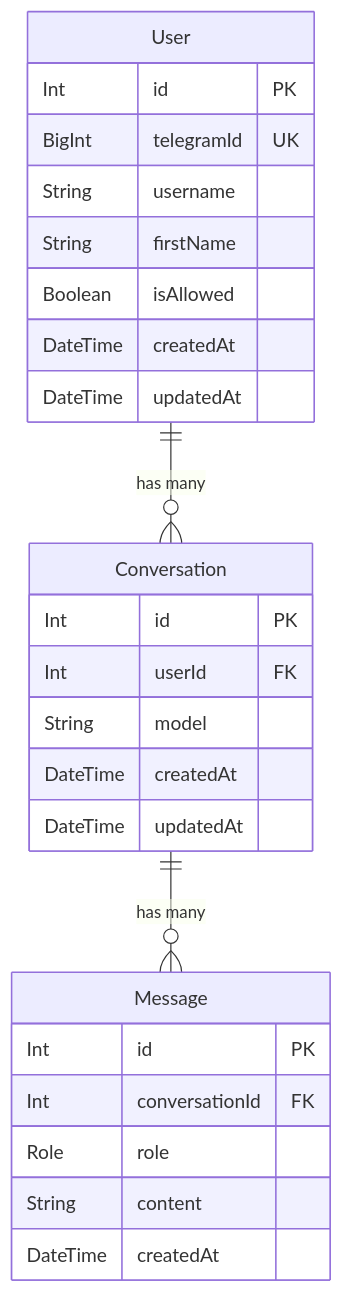
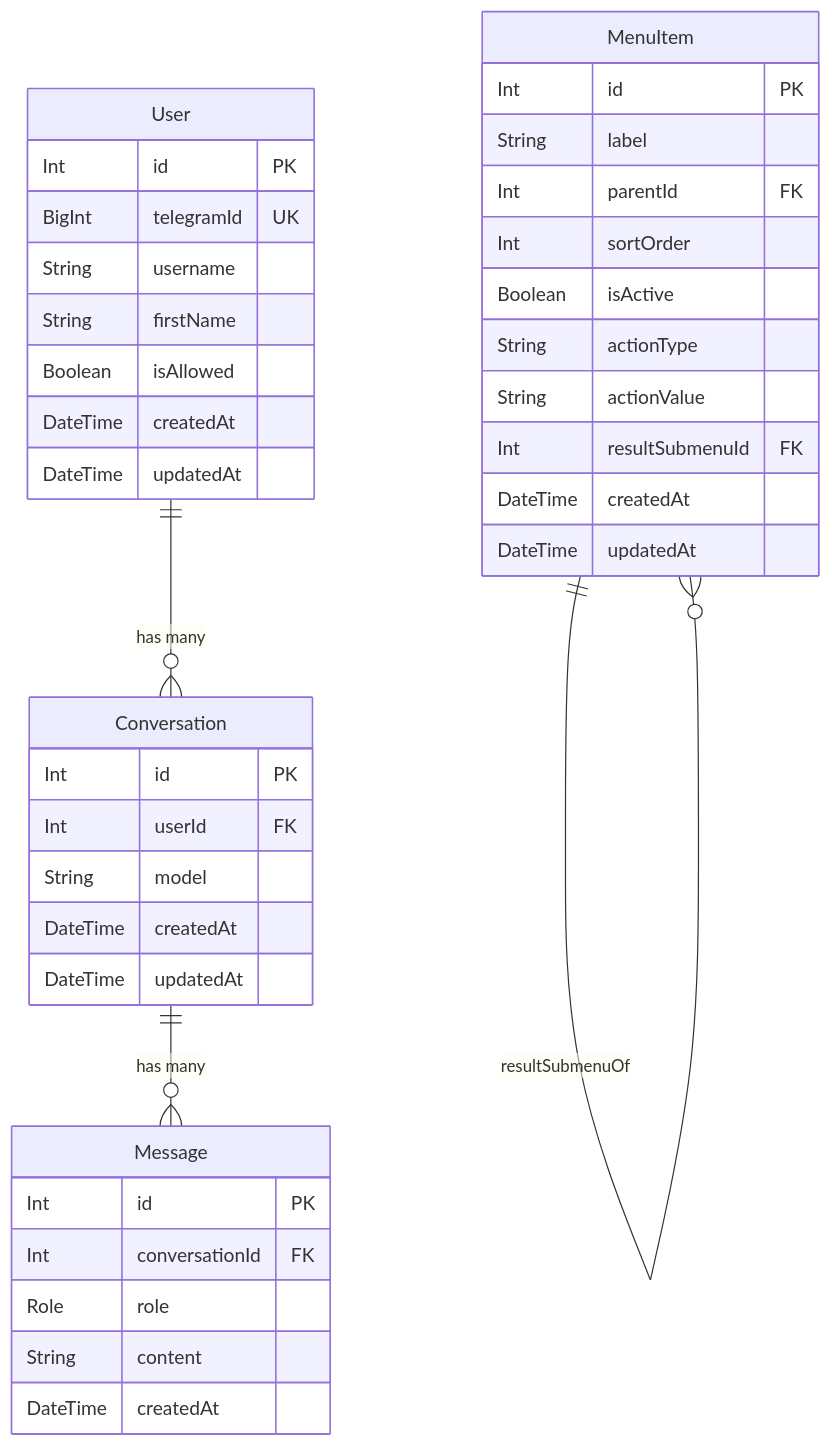
Before and after one commit to cutefly/chatbot-project: the seventh of 11 diagrams in docs/architecture.md, drawn with Mermaid. The commit also changed other lines of this file and 1 other file, not shown here.

First line of the commit message:
docs: update AGENTS.md and architecture.md for menu system

````diff
--- a/docs/architecture.md
+++ b/docs/architecture.md
@@ -227,29 +232,43 @@
 ```mermaid
 erDiagram
     User {
         Int id PK
         BigInt telegramId UK
         String username
         String firstName
         Boolean isAllowed
         DateTime createdAt
         DateTime updatedAt
     }
     Conversation {
         Int id PK
         Int userId FK
         String model
         DateTime createdAt
         DateTime updatedAt
     }
     Message {
         Int id PK
         Int conversationId FK
         Role role
         String content
         DateTime createdAt
     }
+    MenuItem {
+        Int id PK
+        String label
+        Int parentId FK
+        Int sortOrder
+        Boolean isActive
+        String actionType
+        String actionValue
+        Int resultSubmenuId FK
+        DateTime createdAt
+        DateTime updatedAt
+    }
 
     User ||--o{ Conversation : "has many"
     Conversation ||--o{ Message : "has many"
+    MenuItem ||--o{ MenuItem : "children (MenuTree)"
+    MenuItem ||--o{ MenuItem : "resultSubmenuOf"
 ```
````
